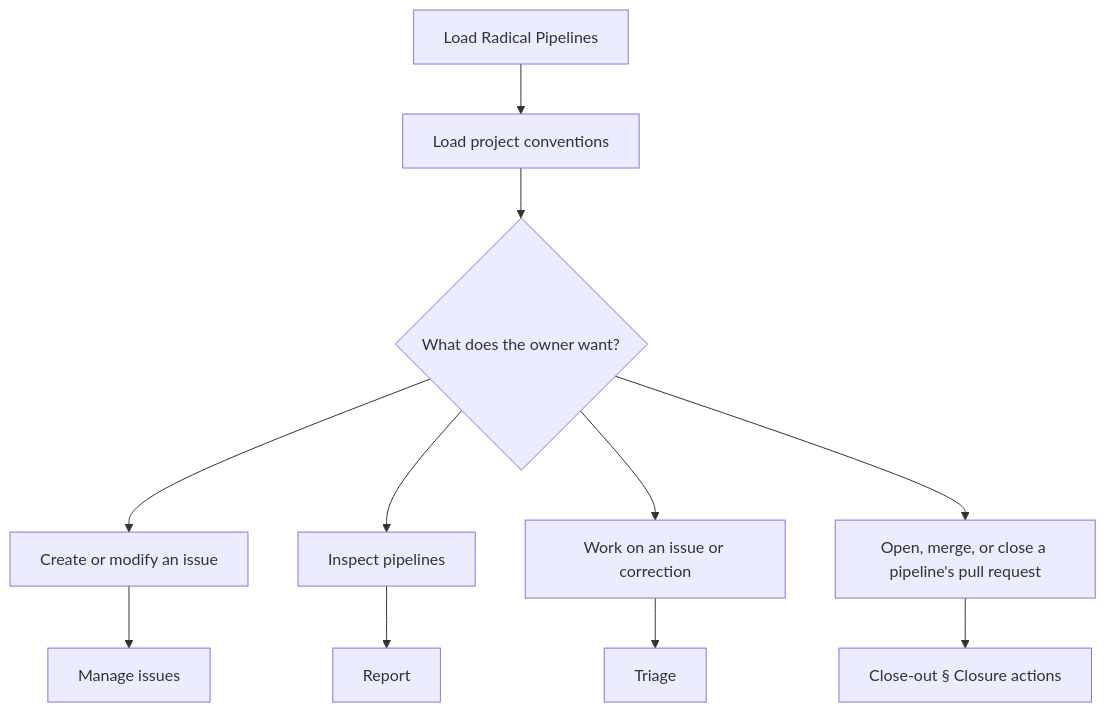
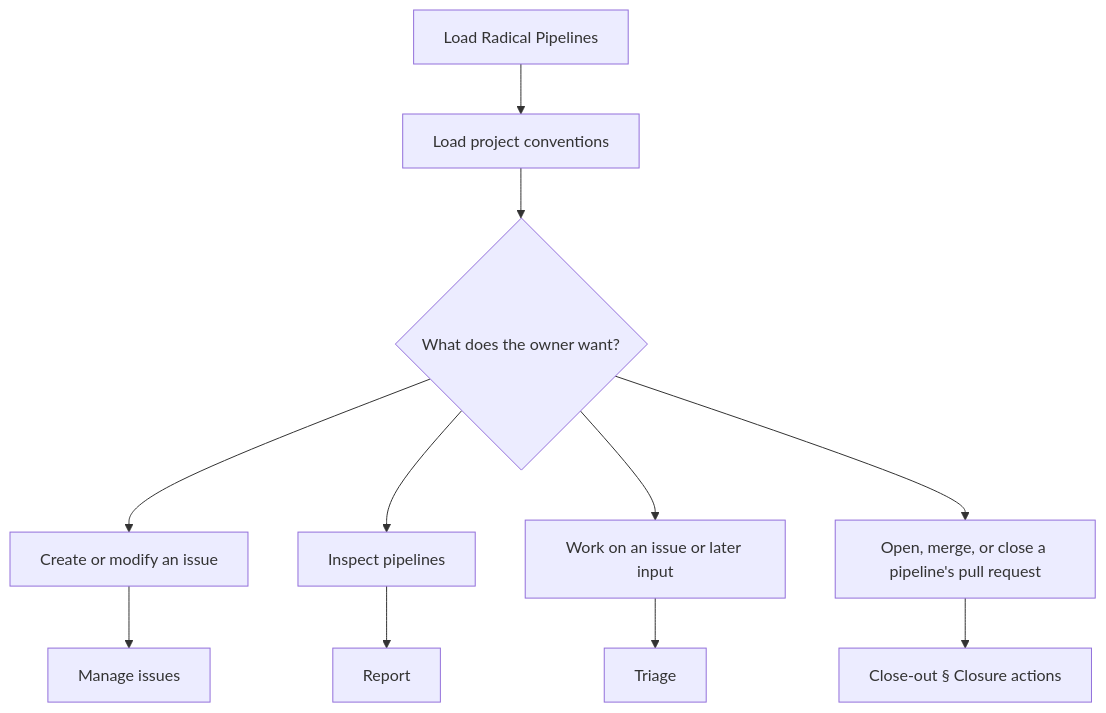
The diagram in docs/flowcharts/entry.md (Automattic/radical-pipelines), drawn with Mermaid before and after one commit. The commit also changed 40 other files, not shown here.

````diff
--- a/docs/flowcharts/entry.md
+++ b/docs/flowcharts/entry.md
@@ -5,13 +5,13 @@
 ```mermaid
 flowchart TD
     A["Load Radical Pipelines"] --> B["Load project conventions"]
     B --> C{"What does the owner want?"}
     C --> D["Create or modify an issue"]
     C --> E["Inspect pipelines"]
-    C --> F["Work on an issue or correction"]
+    C --> F["Work on an issue or later input"]
     C --> M["Open, merge, or close a pipeline's pull request"]
     D --> G["Manage issues"]
     E --> H["Report"]
     F --> I["Triage"]
     M --> N["Close-out § Closure actions"]
 ```
````
